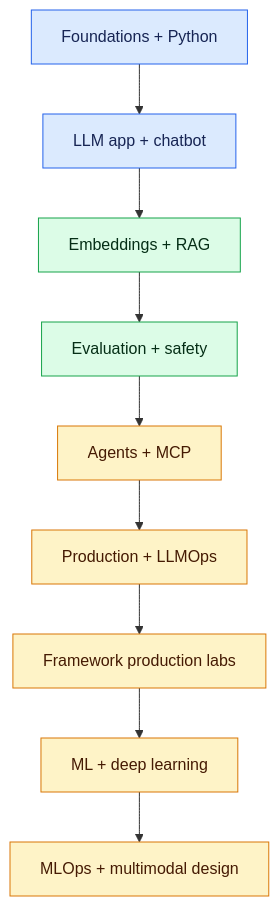
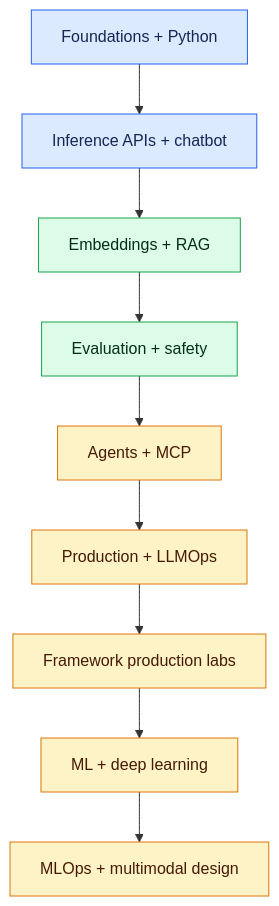
Before and after one commit to Skpandey15/java-enterprise-ai-architecture: the diagram in docs/03-ai/ai-development-zero-to-job-ready/README.md, drawn with Mermaid. The commit also changed other lines of this file, not shown here.

Commit message:
Add inference API guide to AI curriculum

````diff
--- a/docs/03-ai/ai-development-zero-to-job-ready/README.md
+++ b/docs/03-ai/ai-development-zero-to-job-ready/README.md
@@ -38,17 +42,17 @@
 ```mermaid
 flowchart TD
-  A["Foundations + Python"] --> B["LLM app + chatbot"]
+  A["Foundations + Python"] --> B["Inference APIs + chatbot"]
   B --> C["Embeddings + RAG"]
   C --> D["Evaluation + safety"]
   D --> E["Agents + MCP"]
   E --> F["Production + LLMOps"]
   F --> G["Framework production labs"]
   G --> H["ML + deep learning"]
   H --> I["MLOps + multimodal design"]
   classDef learn fill:#dbeafe,stroke:#2563eb,color:#172554
   classDef build fill:#dcfce7,stroke:#16a34a,color:#052e16
   classDef operate fill:#fef3c7,stroke:#d97706,color:#451a03
   class A,B learn
   class C,D build
   class E,F,G,H,I operate
 ```
````
